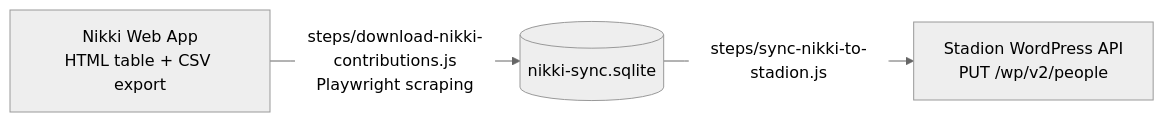
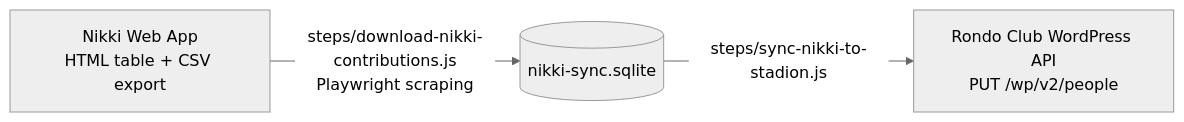
Before and after one commit to jdevalk/sportlink-sync: the third of 8 diagrams in docs/sync-architecture.md, drawn with Mermaid (neutral theme). The commit also changed other lines of this file and 14 other files, not shown here.

````diff
--- a/docs/sync-architecture.md
+++ b/docs/sync-architecture.md
@@ -263,9 +263,9 @@
 ```mermaid
 graph LR
     NK[Nikki Web App<br>HTML table + CSV export]
     DB[(nikki-sync.sqlite)]
-    ST[Stadion WordPress API<br>PUT /wp/v2/people]
+    ST[Rondo Club WordPress API<br>PUT /wp/v2/people]
 
     NK -->|steps/download-nikki-contributions.js<br>Playwright scraping| DB
     DB -->|steps/sync-nikki-to-stadion.js| ST
 ```
````
